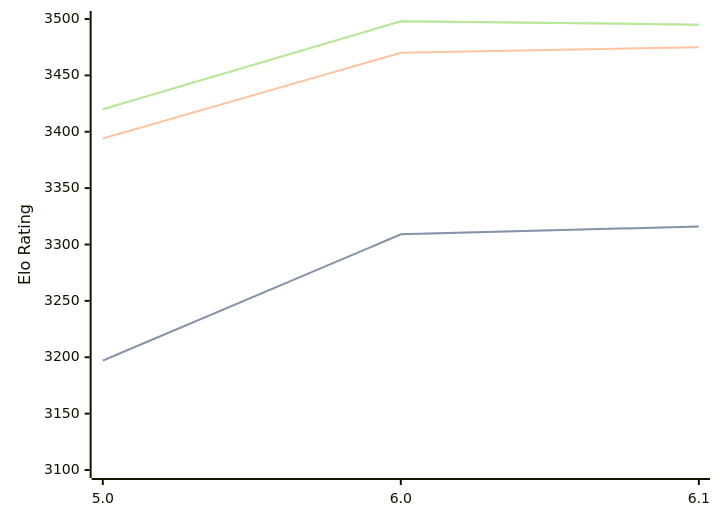
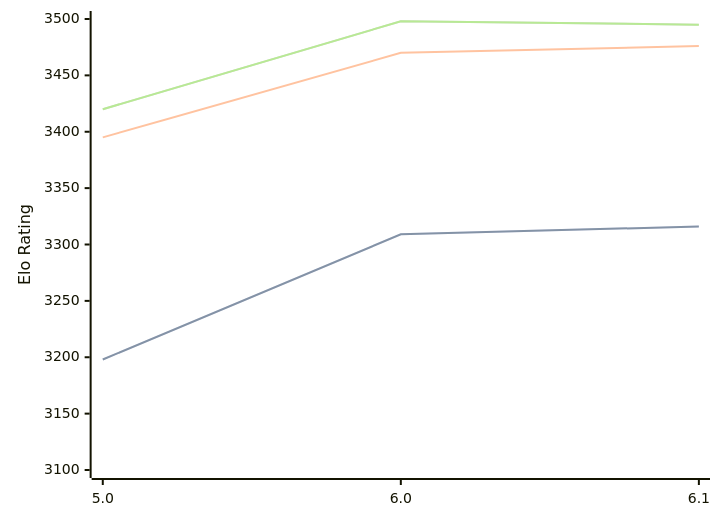
One commit to computer-chess-index/cci changed the third of 3 diagrams in engines/Starzix.md. Above: the diagram before and after it, drawn with Mermaid. The commit also changed other lines of this file, not shown here.

````diff
--- a/engines/Starzix.md
+++ b/engines/Starzix.md
@@ -70,11 +70,11 @@
 ```mermaid
 %%{init: {"theme":"base","themeVariables":{"seriesColors:['#a3a3a3','#222221','#faa371']}}}%%
 xychart-beta
   x-axis ["5.0", "6.0", "6.1"]
   y-axis "Elo Rating" 3100 --> 3500
-  line "STC (8.0+0.08s)" [3197, 3309, 3316]
-  line "STC (8.0+0.08s)" [3197, 3309, 3316]
-  line "LTC (60.0+0.60s)" [3394, 3470, 3475]
+  line "STC (8.0+0.08s)" [3198, 3309, 3316]
+  line "STC (8.0+0.08s)" [3198, 3309, 3316]
+  line "LTC (60.0+0.60s)" [3395, 3470, 3476]
   line "VLTC (2m24s+1.12s)" [3420, 3498, 3495]
   line "VLTC (2m24s+1.12s)" [3420, 3498, 3495]
 ```
````
